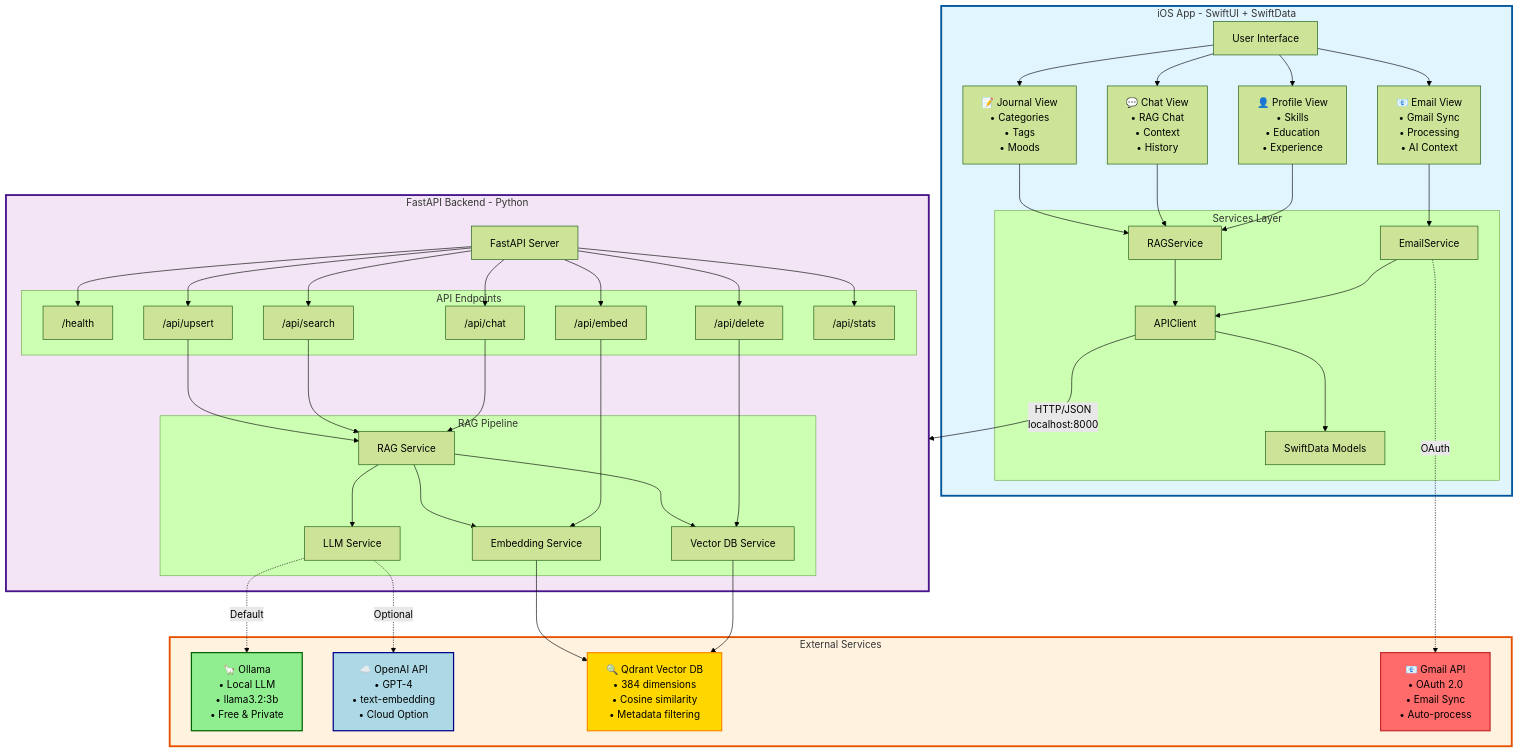
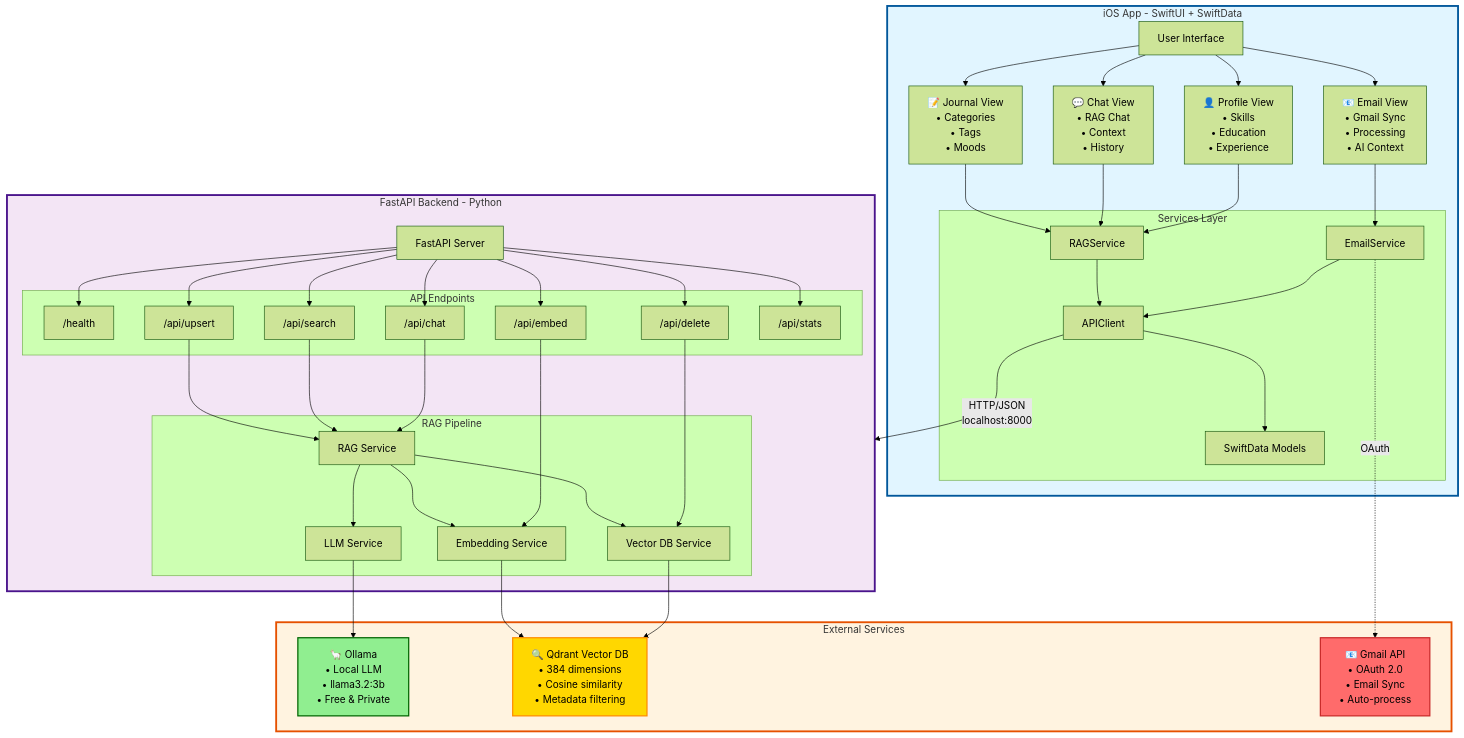
One commit to senthil-sekar/MindVault changed the first of 3 diagrams in README.md. Above: the diagram before and after it, drawn with Mermaid (forest theme). The commit also changed other lines of this file and 8 other files, not shown here.

````diff
--- a/README.md
+++ b/README.md
@@ -92,13 +89,11 @@
     
     subgraph External["External Services"]
         Ollama["🦙 Ollama<br/>• Local LLM<br/>• llama3.2:3b<br/>• Free & Private"]
-        OpenAI["☁️ OpenAI API<br/>• GPT-4<br/>• text-embedding<br/>• Cloud Option"]
         Qdrant["🔍 Qdrant Vector DB<br/>• 384 dimensions<br/>• Cosine similarity<br/>• Metadata filtering"]
         Gmail["📧 Gmail API<br/>• OAuth 2.0<br/>• Email Sync<br/>• Auto-process"]
     end
     
-    LLMSvc -.->|"Default"| Ollama
-    LLMSvc -.->|"Optional"| OpenAI
+    LLMSvc --> Ollama
     EmbedSvc --> Qdrant
     VectorSvc --> Qdrant
     EmailService -.->|"OAuth"| Gmail
@@ -107,7 +102,6 @@
     style Backend fill:#f3e5f5,stroke:#4a148c,stroke-width:3px
     style External fill:#fff3e0,stroke:#e65100,stroke-width:3px
     style Ollama fill:#90ee90,stroke:#006400,stroke-width:2px
-    style OpenAI fill:#add8e6,stroke:#00008b,stroke-width:2px
     style Qdrant fill:#ffd700,stroke:#ff8c00,stroke-width:2px
     style Gmail fill:#ff6b6b,stroke:#c92a2a,stroke-width:2px
 ```
````
